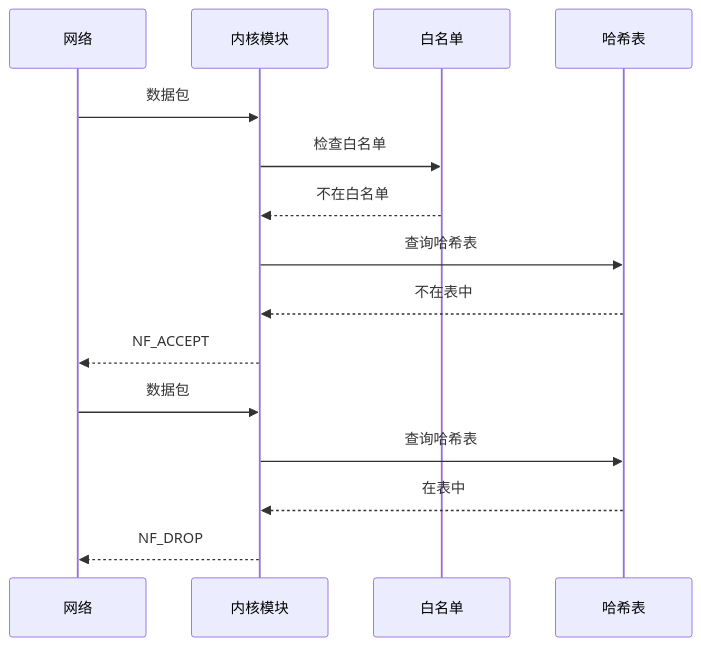
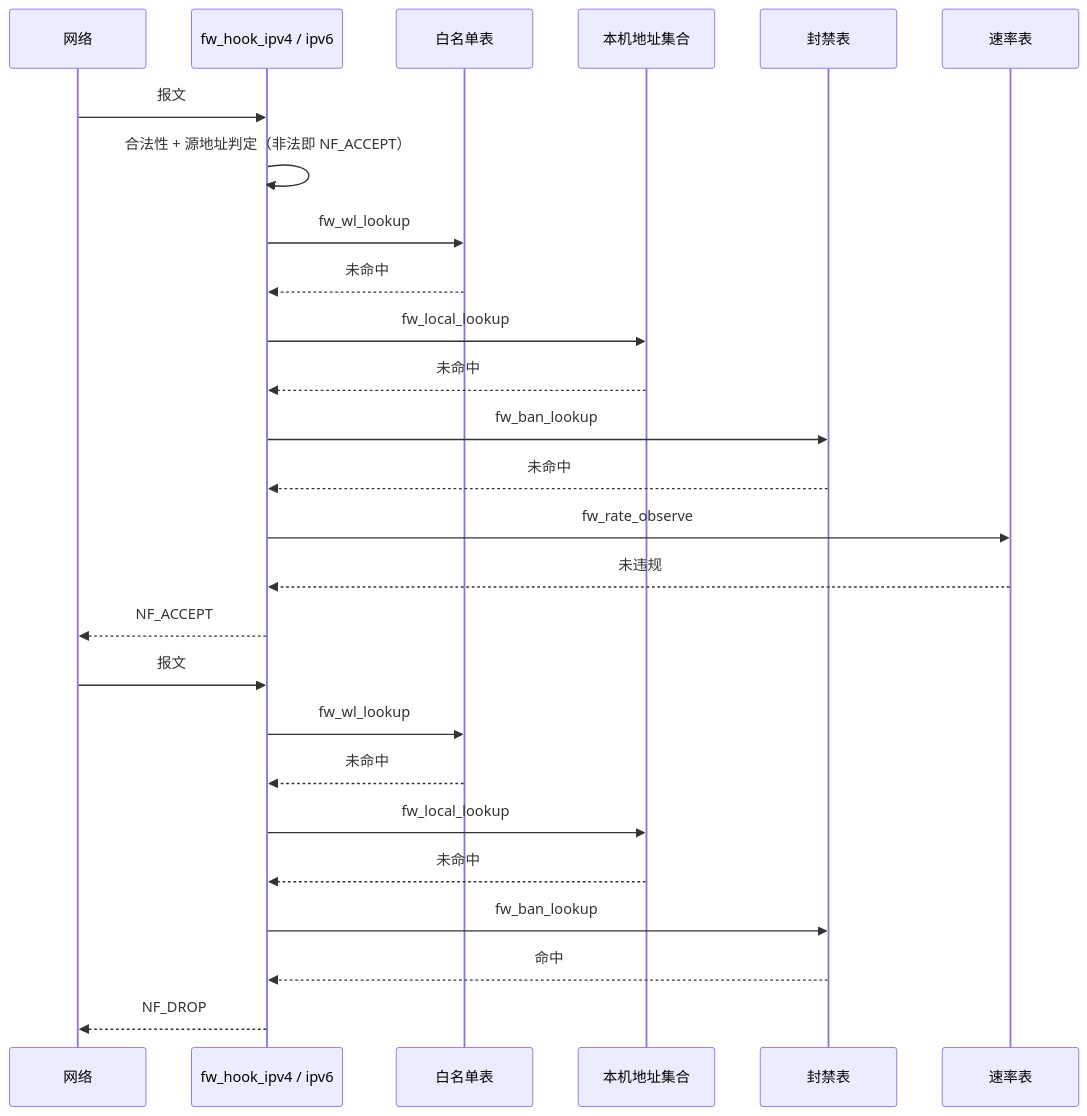
The sixth of 6 diagrams in docs/zh/architecture/data-flow.md (SnowCore8/linux-firewall-kmod), drawn with Mermaid before and after one commit. The commit also changed other lines of this file and 1 other file, not shown here.

````diff
--- a/docs/zh/architecture/data-flow.md
+++ b/docs/zh/architecture/data-flow.md
@@ -132,19 +290,30 @@
 ```mermaid
 sequenceDiagram
     participant Net as 网络
-    participant Kernel as 内核模块
-    participant Whitelist as 白名单
-    participant HashTable as 哈希表
+    participant Hook as fw_hook_ipv4 / ipv6
+    participant WL as 白名单表
+    participant Local as 本机地址集合
+    participant Ban as 封禁表
+    participant Rate as 速率表
 
-    Net->>Kernel: 数据包
-    Kernel->>Whitelist: 检查白名单
-    Whitelist-->>Kernel: 不在白名单
-    Kernel->>HashTable: 查询哈希表
-    HashTable-->>Kernel: 不在表中
-    Kernel-->>Net: NF_ACCEPT
-    
-    Net->>Kernel: 数据包
-    Kernel->>HashTable: 查询哈希表
-    HashTable-->>Kernel: 在表中
-    Kernel-->>Net: NF_DROP
+    Net->>Hook: 报文
+    Hook->>Hook: 合法性 + 源地址判定（非法即 NF_ACCEPT）
+    Hook->>WL: fw_wl_lookup
+    WL-->>Hook: 未命中
+    Hook->>Local: fw_local_lookup
+    Local-->>Hook: 未命中
+    Hook->>Ban: fw_ban_lookup
+    Ban-->>Hook: 未命中
+    Hook->>Rate: fw_rate_observe
+    Rate-->>Hook: 未违规
+    Hook-->>Net: NF_ACCEPT
+
+    Net->>Hook: 报文
+    Hook->>WL: fw_wl_lookup
+    WL-->>Hook: 未命中
+    Hook->>Local: fw_local_lookup
+    Local-->>Hook: 未命中
+    Hook->>Ban: fw_ban_lookup
+    Ban-->>Hook: 命中
+    Hook-->>Net: NF_DROP
 ```
````
